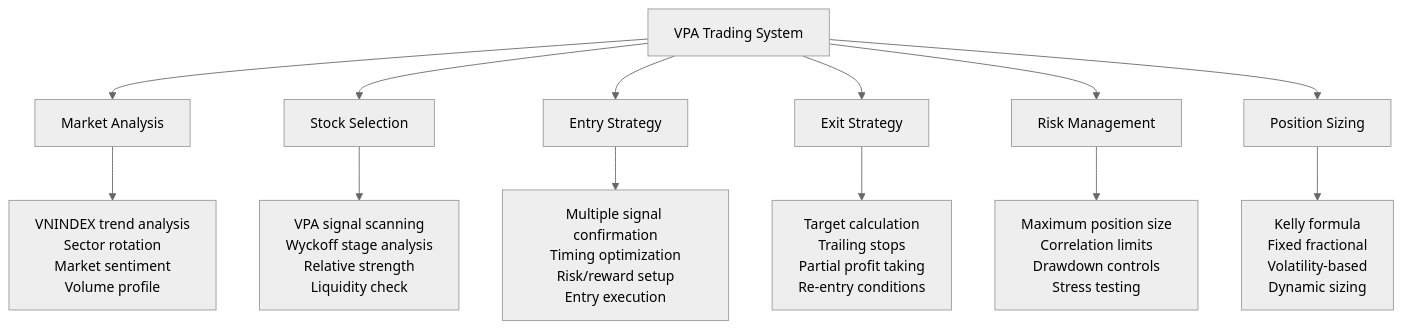
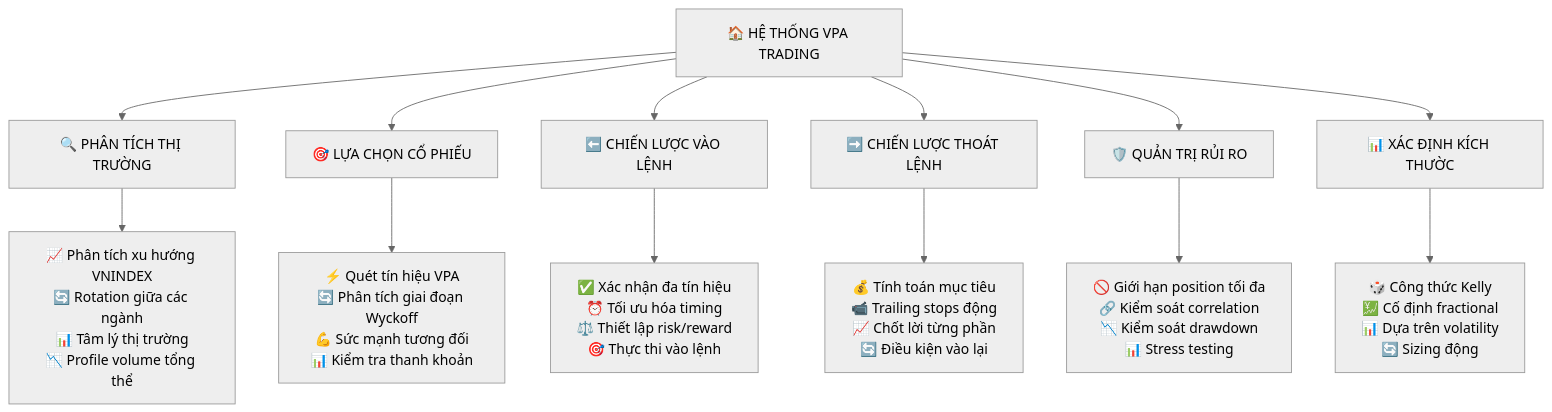
Before and after one commit to quanhua92/aipriceaction-old: the diagram in docs/tutorials/chapter-4-1-trading-systems.md, drawn with Mermaid (neutral theme). The commit also changed other lines of this file and 21 other files, not shown here.

````diff
--- a/docs/tutorials/chapter-4-1-trading-systems.md
+++ b/docs/tutorials/chapter-4-1-trading-systems.md
@@ -14,21 +21,21 @@
 ```mermaid
 flowchart TD
-    A[VPA Trading System] --> B[Market Analysis]
-    A --> C[Stock Selection]
-    A --> D[Entry Strategy]
-    A --> E[Exit Strategy]
-    A --> F[Risk Management]
-    A --> G[Position Sizing]
+    A["🏠 HỆ THỐNG VPA TRADING"] --> B["🔍 PHÂN TÍCH THỊ TRƯỜNG"]
+    A --> C["🎯 LỰA CHỌN CỔ PHIẾU"]
+    A --> D["⬅️ CHIẾN LƯỢC VÀO LỆNH"]
+    A --> E["➡️ CHIẾN LƯỢC THOÁT LỆNH"]
+    A --> F["🛡️ QUẢN TRỊ RỦI RO"]
+    A --> G["📊 XÁC ĐỊNH KÍCH THƯỜC"]
     
-    B --> B1[VNINDEX trend analysis<br/>Sector rotation<br/>Market sentiment<br/>Volume profile]
+    B --> B1["📈 Phân tích xu hướng VNINDEX<br/>🔄 Rotation giữa các ngành<br/>📊 Tâm lý thị trường<br/>📉 Profile volume tổng thể"]
     
-    C --> C1[VPA signal scanning<br/>Wyckoff stage analysis<br/>Relative strength<br/>Liquidity check]
+    C --> C1["⚡ Quét tín hiệu VPA<br/>🔄 Phân tích giai đoạn Wyckoff<br/>💪 Sức mạnh tương đối<br/>📊 Kiểm tra thanh khoản"]
     
-    D --> D1[Multiple signal confirmation<br/>Timing optimization<br/>Risk/reward setup<br/>Entry execution]
+    D --> D1["✅ Xác nhận đa tín hiệu<br/>⏰ Tối ưu hóa timing<br/>⚖️ Thiết lập risk/reward<br/>🎯 Thực thi vào lệnh"]
     
-    E --> E1[Target calculation<br/>Trailing stops<br/>Partial profit taking<br/>Re-entry conditions]
+    E --> E1["💰 Tính toán mục tiêu<br/>📹 Trailing stops động<br/>📈 Chốt lời từng phần<br/>🔄 Điều kiện vào lại"]
     
-    F --> F1[Maximum position size<br/>Correlation limits<br/>Drawdown controls<br/>Stress testing]
+    F --> F1["🚫 Giới hạn position tối đa<br/>🔗 Kiểm soát correlation<br/>📉 Kiểm soát drawdown<br/>📊 Stress testing"]
     
-    G --> G1[Kelly formula<br/>Fixed fractional<br/>Volatility-based<br/>Dynamic sizing]
+    G --> G1["🎲 Công thức Kelly<br/>💹 Cố định fractional<br/>📊 Dựa trên volatility<br/>🔄 Sizing động"]
 ```
````
